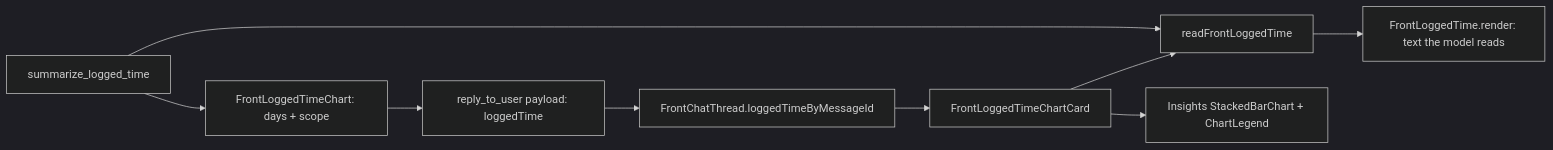
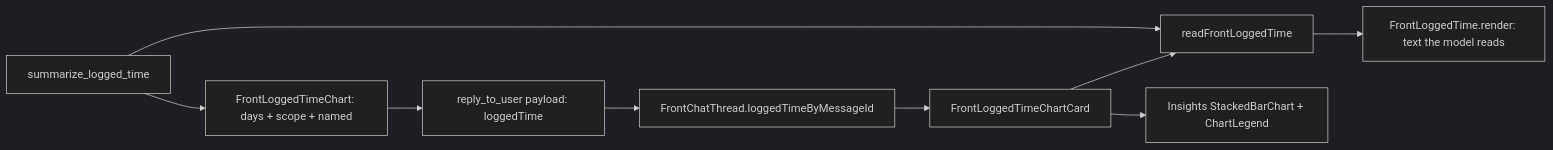
One commit to matthiasn/lotti changed the second of 9 diagrams in knowledge/features/front_agent.md. Above: the diagram before and after it, drawn with Mermaid (dark theme). The commit also changed other lines of this file and 19 other files, not shown here.

Commit message:
feat(front-agent): time answers name only the categories asked about, list the tasks worked on, and task rows show priority

````diff
--- a/knowledge/features/front_agent.md
+++ b/knowledge/features/front_agent.md
@@ -464,11 +499,11 @@
 ```mermaid
 flowchart LR
   Tool["summarize_logged_time"] --> Read["readFrontLoggedTime"]
   Read --> Text["FrontLoggedTime.render: text the model reads"]
-  Tool --> Spec["FrontLoggedTimeChart: days + scope"]
+  Tool --> Spec["FrontLoggedTimeChart: days + scope + named"]
   Spec --> Payload["reply_to_user payload: loggedTime"]
   Payload --> Thread["FrontChatThread.loggedTimeByMessageId"]
   Thread --> Card["FrontLoggedTimeChartCard"]
   Card --> Read
   Card --> Bars["Insights StackedBarChart + ChartLegend"]
 ```
````
